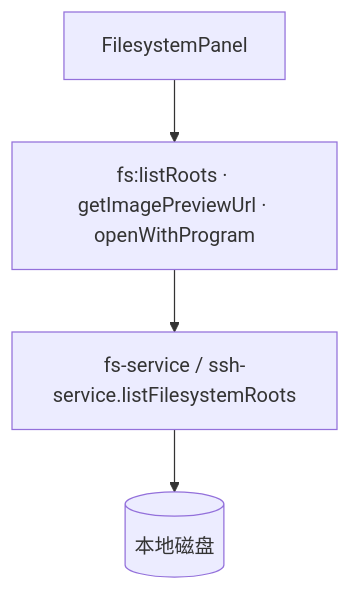
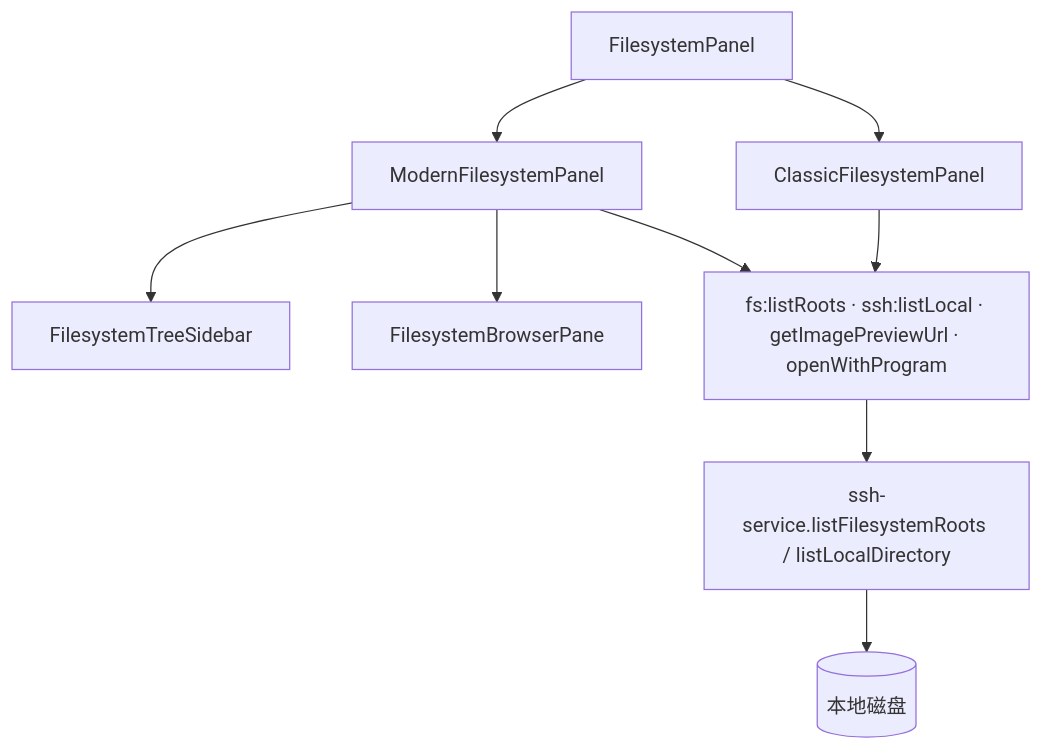
The first of 2 diagrams in docs/功能文件系统.md (Landers1037/NioZy), drawn with Mermaid before and after one commit. The commit also changed other lines of this file and 12 other files, not shown here.

First line of the commit message:
feat(filesystem): add modern split-pane file browser UI

````diff
--- a/docs/功能文件系统.md
+++ b/docs/功能文件系统.md
@@ -25,9 +32,19 @@
 ```mermaid
 flowchart TB
   Panel["FilesystemPanel"]
-  API["fs:listRoots · getImagePreviewUrl · openWithProgram"]
-  FS["fs-service / ssh-service.listFilesystemRoots"]
+  Classic["ClassicFilesystemPanel"]
+  Modern["ModernFilesystemPanel"]
+  Tree["FilesystemTreeSidebar"]
+  Browser["FilesystemBrowserPane"]
+  API["fs:listRoots · ssh:listLocal · getImagePreviewUrl · openWithProgram"]
+  FS["ssh-service.listFilesystemRoots / listLocalDirectory"]
   OS[("本地磁盘")]
 
-  Panel --> API --> FS --> OS
+  Panel --> Classic
+  Panel --> Modern
+  Modern --> Tree
+  Modern --> Browser
+  Classic --> API
+  Modern --> API
+  API --> FS --> OS
 ```
````
